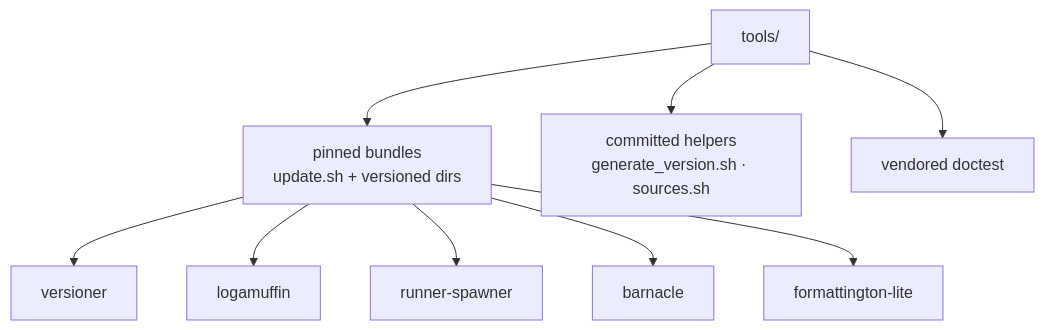
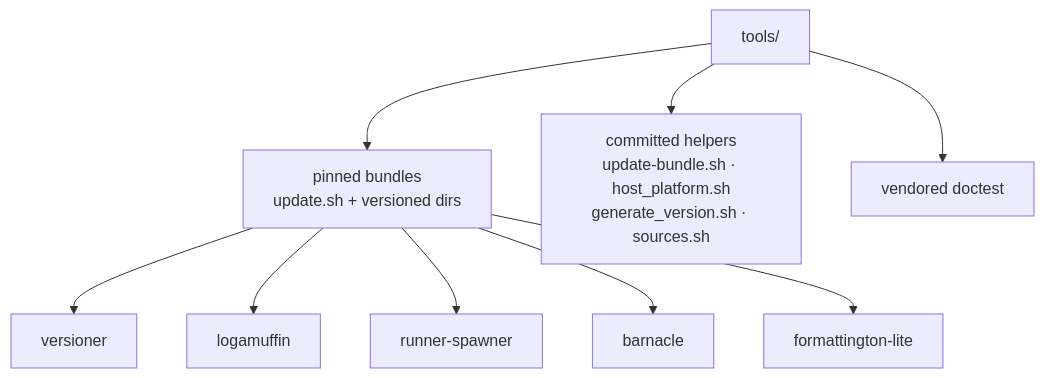
The diagram in tools/README.md (fordaj/logamuffin), drawn with Mermaid before and after one commit. The commit also changed other lines of this file and 30 other files, not shown here.

````diff
--- a/tools/README.md
+++ b/tools/README.md
@@ -3,18 +3,18 @@
 ```mermaid
 flowchart TD
     Tools[tools/] --> Bundles["pinned bundles<br/>update.sh + versioned dirs"]
-    Tools --> Helpers["committed helpers<br/>generate_version.sh · sources.sh"]
+    Tools --> Helpers["committed helpers<br/>update-bundle.sh · host_platform.sh<br/>generate_version.sh · sources.sh"]
     Tools --> Doctest[vendored doctest]
     Bundles --> Ver[versioner]
     Bundles --> Logm[logamuffin]
     Bundles --> RS[runner-spawner]
     Bundles --> Bar[barnacle]
     Bundles --> FL[formattington-lite]
     click Ver href "versioner/update.sh.md"
     click Logm href "logamuffin/update.sh.md"
     click RS href "runner-spawner/update.sh.md"
     click Bar href "barnacle/update.sh.md"
     click FL href "formattington-lite/update.sh.md"
-    click Helpers href "sources.sh.md"
+    click Helpers href "update-bundle.sh.md"
     click Doctest href "doctest/README.md"
 ```
````
